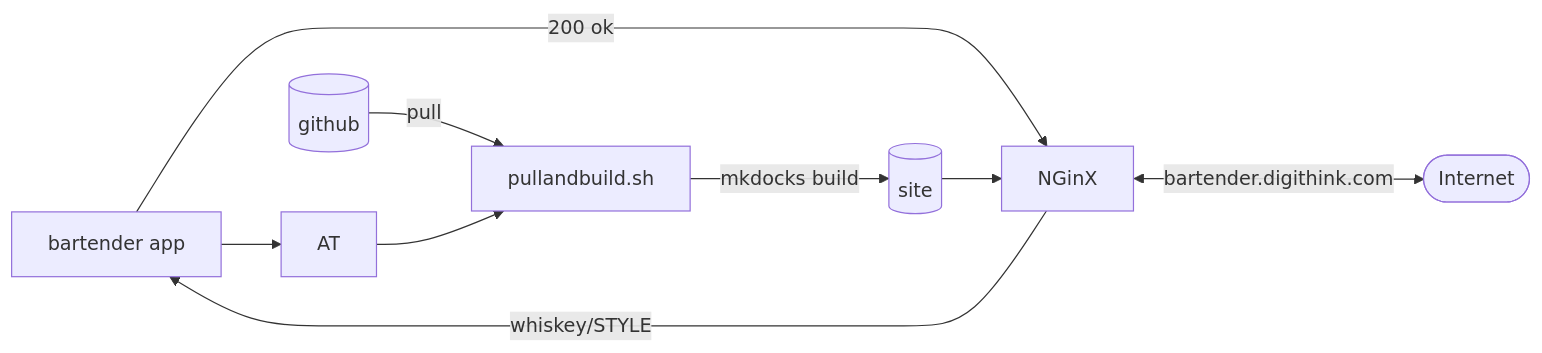
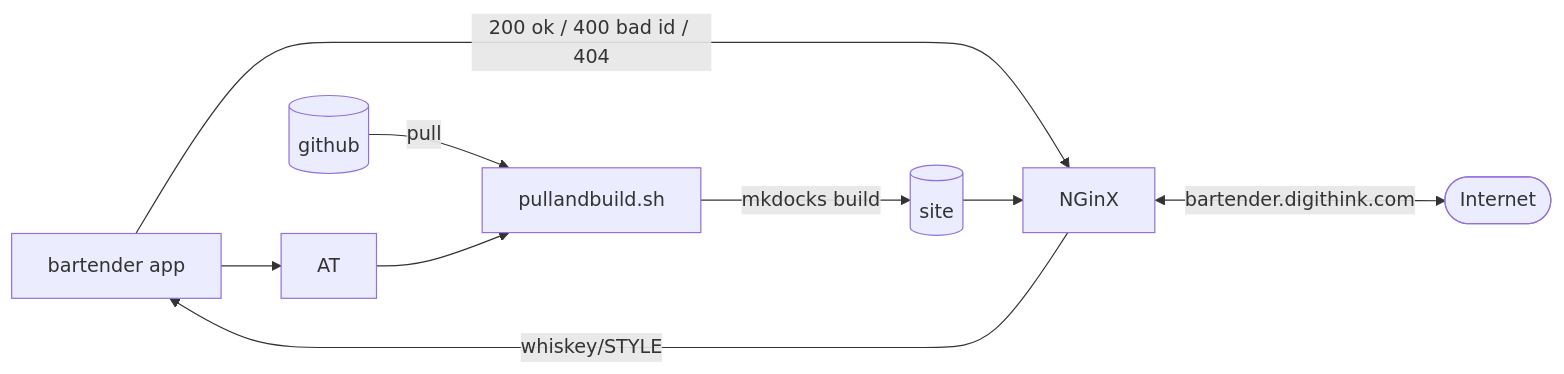
One commit to suspect-devices/digithink changed the second of 2 diagrams in whiskey/bartender/docs/README.md. Above: the diagram before and after it, drawn with Mermaid. The commit also changed other lines of this file and 1 other file, not shown here.

````diff
--- a/whiskey/bartender/docs/README.md
+++ b/whiskey/bartender/docs/README.md
@@ -19,9 +15,10 @@
 ```mermaid
-  graph LR
-  A[bartender app] --> C[AT]
-  A -- 200 ok --> N[NGinX] <-- bartender.digithink.com --> I([Internet])
-  G[(github)] -- pull --> D
-  C --> D[pullandbuild.sh]
-  D -- mkdocks build --> O[(site)] -->N
-  N -- whiskey/STYLE --> A
+graph LR 
+   A[bartender app] --> C[AT]
+   A -- 200 ok / 400 bad id / 404  --> N[NGinX]
+   N <-- bartender.digithink.com --> I([Internet])
+   G[(github)] -- pull --> D
+   C --> D[pullandbuild.sh]
+   D -- mkdocks build --> O[(site)] -->N
+   N -- whiskey/STYLE --> A
 ```
````
